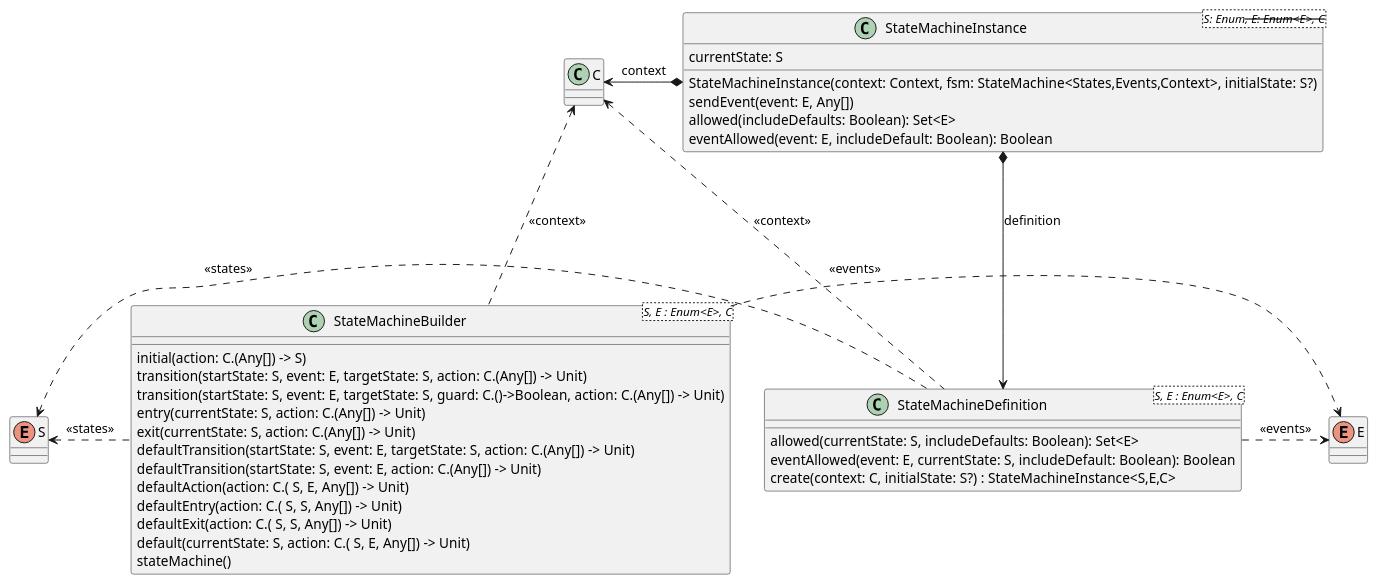
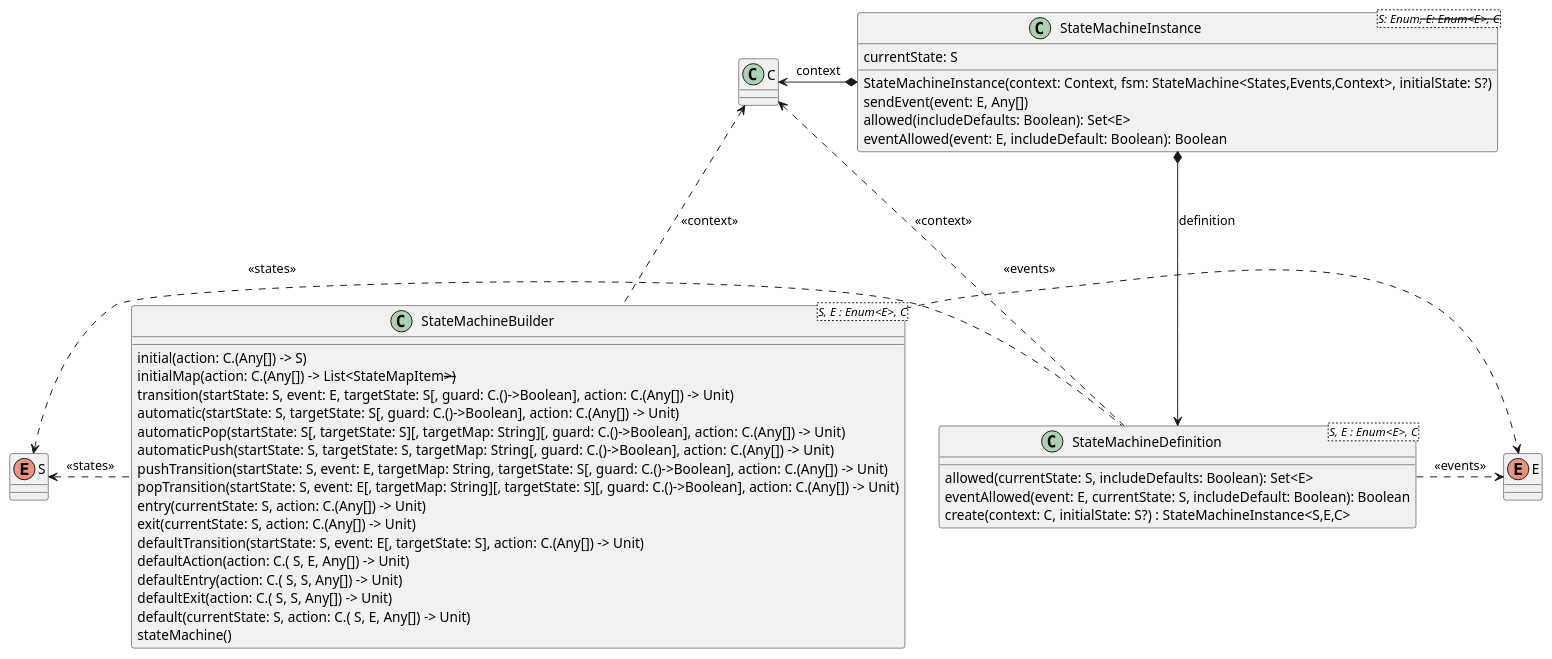
The diagram in src/doc/plantuml/statemachine-model.plantuml (open-jumpco/kfsm), drawn with PlantUML before and after one commit. The commit also changed 27 other files, not shown here.

```diff
--- a/src/doc/plantuml/statemachine-model.plantuml
+++ b/src/doc/plantuml/statemachine-model.plantuml
@@ -1,50 +1,54 @@
 @startuml
 
 class C {
 }
 enum S {
 }
 enum E {
 }
 
 class StateMachineBuilder<S, E : Enum<E>, C> {
     initial(action: C.(Any[]) -> S)
-    transition(startState: S, event: E, targetState: S, action: C.(Any[]) -> Unit)
-    transition(startState: S, event: E, targetState: S, guard: C.()->Boolean, action: C.(Any[]) -> Unit)
+    initialMap(action: C.(Any[]) -> List<StateMapItem<S>>)
+    transition(startState: S, event: E, targetState: S[, guard: C.()->Boolean], action: C.(Any[]) -> Unit)
+    automatic(startState: S, targetState: S[, guard: C.()->Boolean], action: C.(Any[]) -> Unit)
+    automaticPop(startState: S[,  targetState: S][, targetMap: String][, guard: C.()->Boolean], action: C.(Any[]) -> Unit)
+    automaticPush(startState: S,  targetState: S, targetMap: String[, guard: C.()->Boolean], action: C.(Any[]) -> Unit)
+    pushTransition(startState: S, event: E, targetMap: String, targetState: S[, guard: C.()->Boolean], action: C.(Any[]) -> Unit)
+    popTransition(startState: S, event: E[, targetMap: String][, targetState: S][, guard: C.()->Boolean], action: C.(Any[]) -> Unit)
     entry(currentState: S, action: C.(Any[]) -> Unit)
     exit(currentState: S, action: C.(Any[]) -> Unit)
-    defaultTransition(startState: S, event: E, targetState: S, action: C.(Any[]) -> Unit)
-    defaultTransition(startState: S, event: E, action: C.(Any[]) -> Unit)
+    defaultTransition(startState: S, event: E[, targetState: S], action: C.(Any[]) -> Unit)
     defaultAction(action: C.( S, E, Any[]) -> Unit)
     defaultEntry(action: C.( S, S, Any[]) -> Unit)
     defaultExit(action: C.( S, S, Any[]) -> Unit)
     default(currentState: S, action: C.( S, E, Any[]) -> Unit)
     stateMachine()
 }
 
 class StateMachineDefinition<S, E : Enum<E>, C> {
     allowed(currentState: S, includeDefaults: Boolean): Set<E>
     eventAllowed(event: E, currentState: S, includeDefault: Boolean): Boolean
     create(context: C, initialState: S?) : StateMachineInstance<S,E,C>
 }
 
 class StateMachineInstance<S: Enum<S>, E: Enum<E>, C> {
     StateMachineInstance(context: Context, fsm: StateMachine<States,Events,Context>, initialState: S?)
     currentState: S
     sendEvent(event: E, Any[])
     allowed(includeDefaults: Boolean): Set<E>
     eventAllowed(event: E, includeDefault: Boolean): Boolean
 }
 
 StateMachineBuilder .left.> S : <<states>>
 StateMachineBuilder .right.> E : <<events>>
 StateMachineBuilder .up.> C : <<context>>
 
 StateMachineDefinition .left.> S : <<states>>
 StateMachineDefinition .right.> E : <<events>>
 StateMachineDefinition .up.> C : <<context>>
 
 StateMachineInstance *---> StateMachineDefinition : definition
 StateMachineInstance *-left-> C : context
 
 @enduml
```
